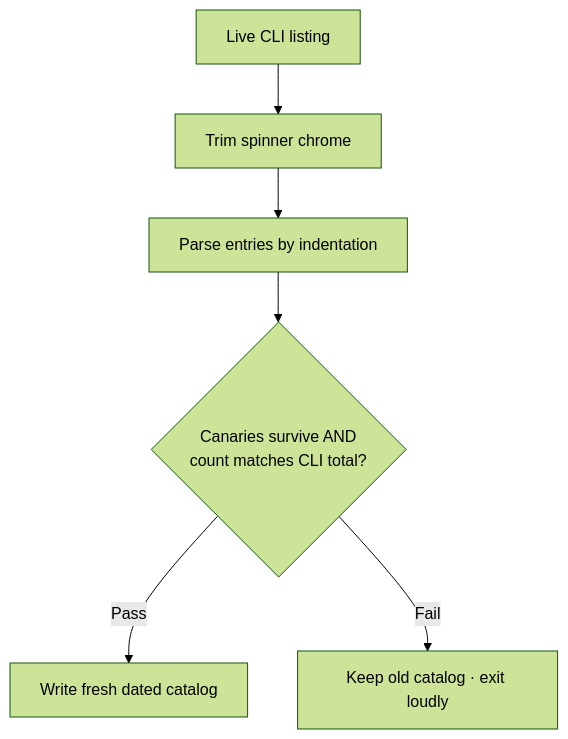
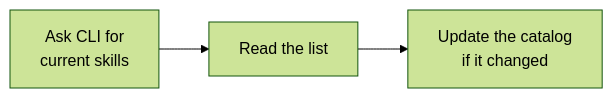
The diagram in skills/meta/google-skill-finder/README.md (google/skills), drawn with Mermaid (forest theme) before and after one commit. The commit also changed other lines of this file, not shown here.

````diff
--- a/skills/meta/google-skill-finder/README.md
+++ b/skills/meta/google-skill-finder/README.md
@@ -82,8 +75,5 @@
 ```mermaid
-flowchart TD
-    A[Live CLI listing] --> B[Trim spinner chrome]
-    B --> C[Parse entries by indentation]
-    C --> D{Canaries survive AND<br/>count matches CLI total?}
-    D -->|Pass| E[Write fresh dated catalog]
-    D -->|Fail| F[Keep old catalog · exit loudly]
+flowchart LR
+    A[Ask CLI for<br/>current skills] --> B[Read the list]
+    B --> C[Update the catalog<br/>if it changed]
 ```
````
